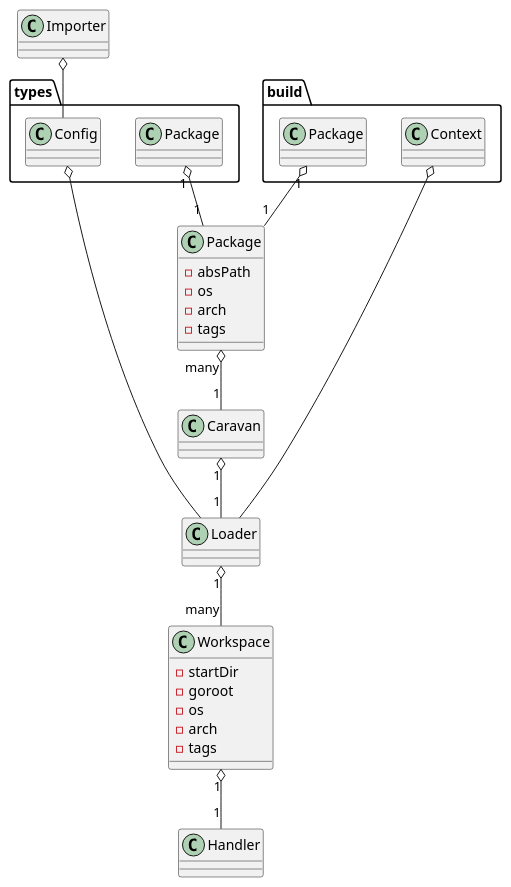
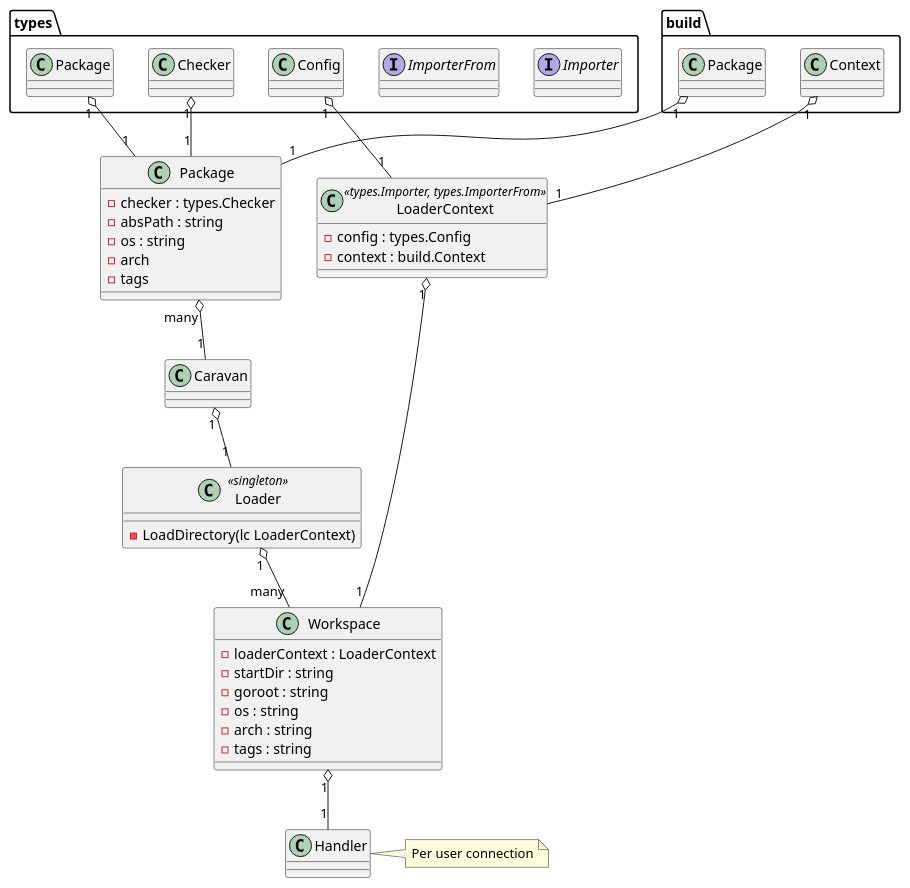
Before and after one commit to object88/langd: the diagram in diagram.wsd, drawn with PlantUML. The commit also changed 17 other files, not shown here.

Commit message:
Introduce LoaderContext

```diff
--- a/diagram.wsd
+++ b/diagram.wsd
@@ -1,28 +1,46 @@
 @startuml langd
 
+interface types.Importer
+interface types.ImporterFrom
+
+class Handler
+note right: Per user connection
+
+class Loader << singleton >> {
+	- LoadDirectory(lc LoaderContext)
+}
+
+class LoaderContext << types.Importer, types.ImporterFrom >> {
+	- config : types.Config
+	- context : build.Context
+}
+
 class Package {
-	- absPath
-	- os
+	- checker : types.Checker
+	- absPath : string
+	- os : string
 	- arch
 	- tags
 }
 
 class Workspace {
-	- startDir
-	- goroot
-	- os
-	- arch
-	- tags
+	- loaderContext : LoaderContext
+	- startDir : string
+	- goroot : string
+	- os : string
+	- arch : string
+	- tags : string
 }
 
 Workspace "1" o-- "1" Handler
+LoaderContext "1" o-- "1" Workspace
 Loader "1" o-- "many" Workspace
-Importer o-- types.Config
-types.Config o-- Loader
-build.Context o-- Loader
+types.Config "1" o-- "1" LoaderContext
+types.Checker "1" o-- "1" Package
 types.Package "1" o-- "1" Package
 build.Package "1" o-- "1" Package
 Package "many" o-- "1" Caravan
 Caravan "1" o-- "1" Loader
+build.Context "1" o-- "1" LoaderContext
 
 @enduml
```
